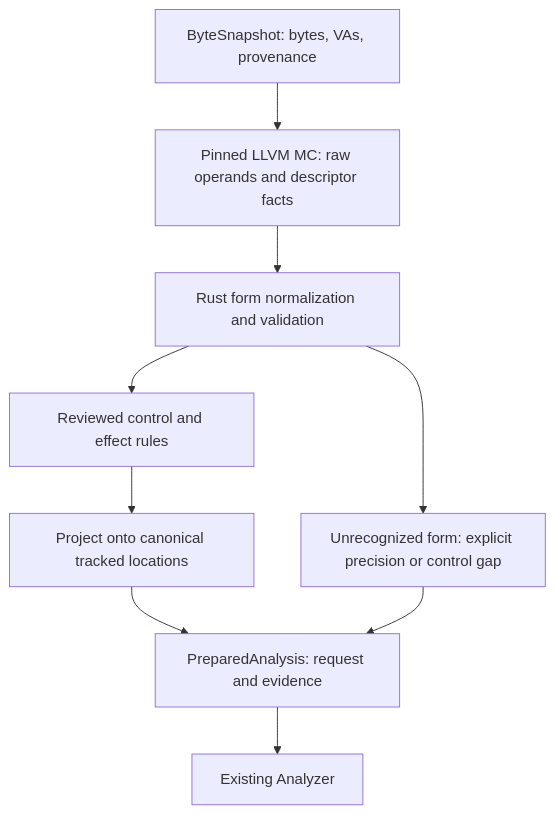
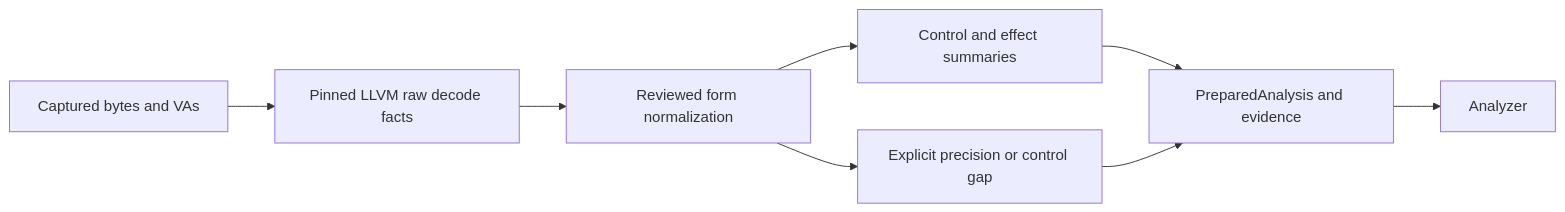
Before and after one commit to NzSN/Ariadne: the diagram in docs/Ariadne/operand-effects-design.md, drawn with Mermaid. The commit also changed other lines of this file and 121 other files, not shown here.

````diff
--- a/docs/Ariadne/operand-effects-design.md
+++ b/docs/Ariadne/operand-effects-design.md
@@ -52,11 +52,10 @@
 ```mermaid
-flowchart TD
-    B["ByteSnapshot: bytes, VAs, provenance"] --> L["Pinned LLVM MC: raw operands and descriptor facts"]
-    L --> N["Rust form normalization and validation"]
-    N --> R["Reviewed control and effect rules"]
-    R --> P["Project onto canonical tracked locations"]
-    P --> Q["PreparedAnalysis: request and evidence"]
-    Q --> A["Existing Analyzer"]
-    N --> U["Unrecognized form: explicit precision or control gap"]
-    U --> Q
+flowchart LR
+    B[Captured bytes and VAs] --> L[Pinned LLVM raw decode facts]
+    L --> N[Reviewed form normalization]
+    N --> E[Control and effect summaries]
+    E --> P[PreparedAnalysis and evidence]
+    P --> A[Analyzer]
+    N --> U[Explicit precision or control gap]
+    U --> P
 ```
````
